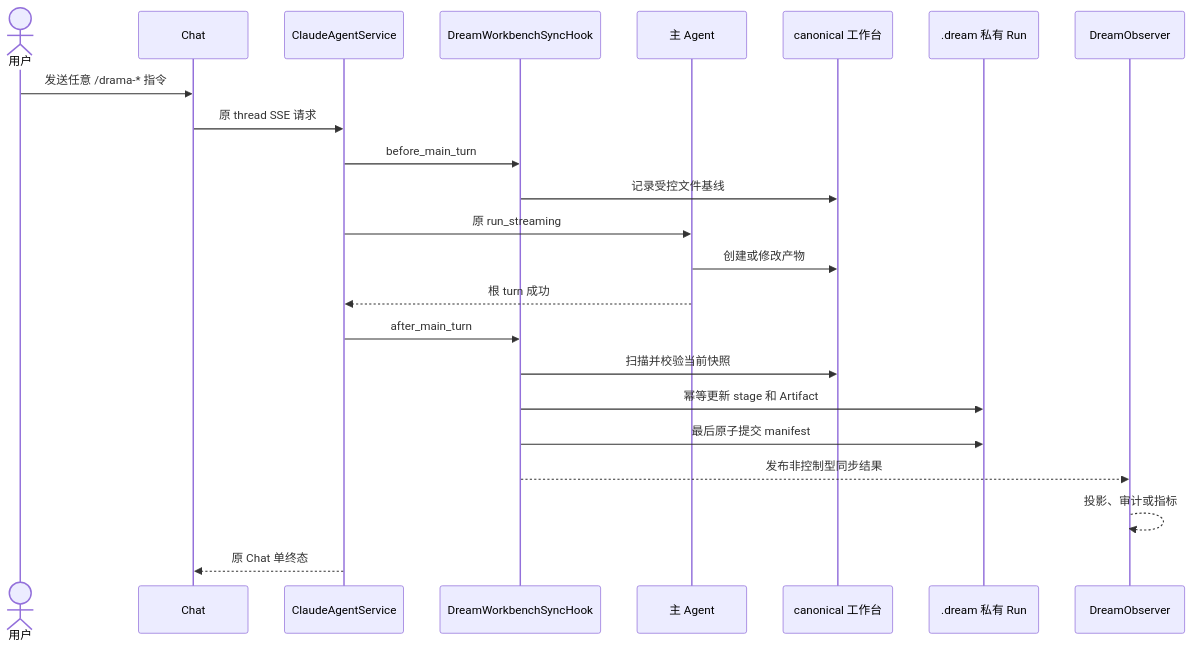
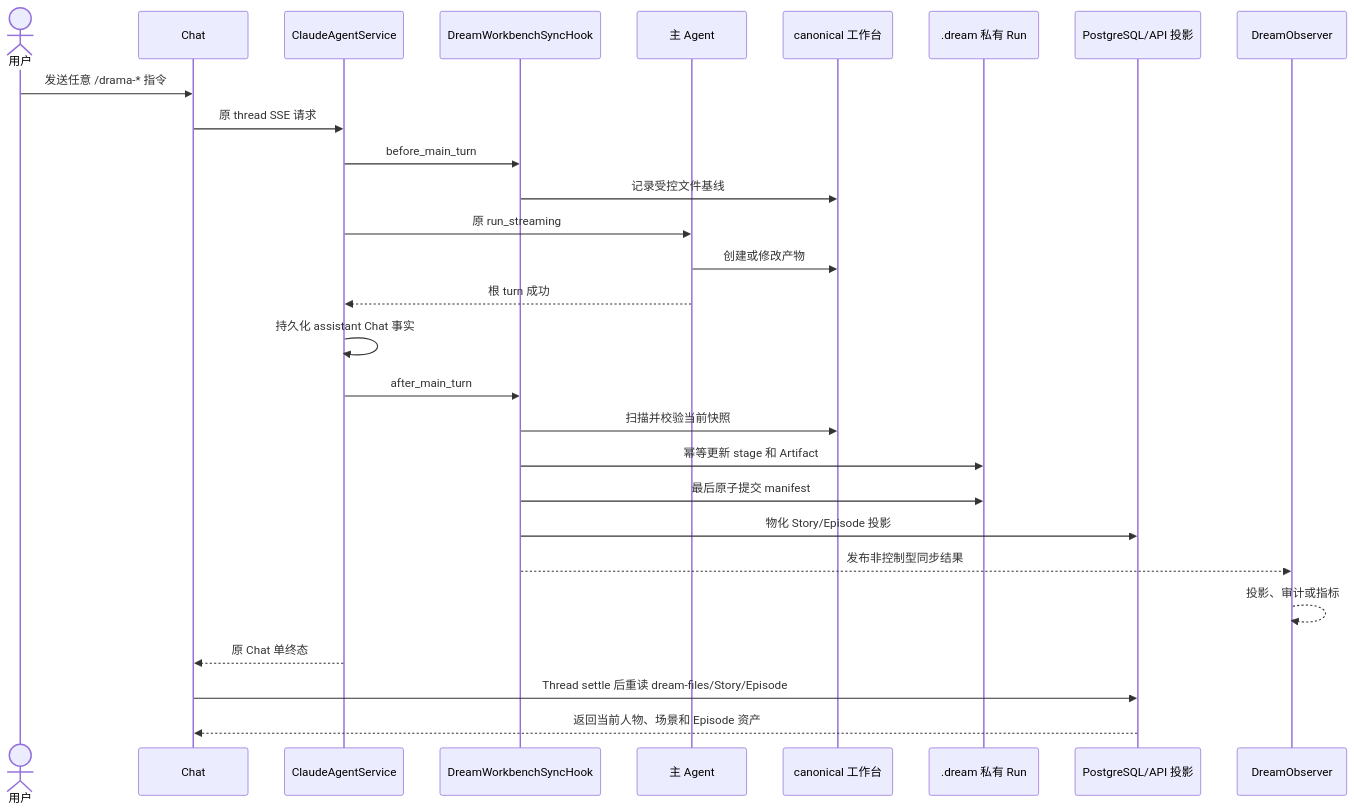
One commit to glide-the/im-dream changed the second of 3 diagrams in docs/design/story-workspace/skill-commands-and-workbench-sync.md. Above: the diagram before and after it, drawn with Mermaid. The commit also changed other lines of this file and 24 other files, not shown here.

Commit message:
fix(dream): preserve replies and refresh story assets

````diff
--- a/docs/design/story-workspace/skill-commands-and-workbench-sync.md
+++ b/docs/design/story-workspace/skill-commands-and-workbench-sync.md
@@ -78,26 +83,31 @@
 ```mermaid
 sequenceDiagram
     actor U as 用户
     participant C as Chat
     participant S as ClaudeAgentService
     participant H as DreamWorkbenchSyncHook
     participant A as 主 Agent
     participant W as canonical 工作台
     participant D as .dream 私有 Run
+    participant P as PostgreSQL/API 投影
     participant O as DreamObserver
 
     U->>C: 发送任意 /drama-* 指令
     C->>S: 原 thread SSE 请求
     S->>H: before_main_turn
     H->>W: 记录受控文件基线
     S->>A: 原 run_streaming
     A->>W: 创建或修改产物
     A-->>S: 根 turn 成功
+    S->>S: 持久化 assistant Chat 事实
     S->>H: after_main_turn
     H->>W: 扫描并校验当前快照
     H->>D: 幂等更新 stage 和 Artifact
     H->>D: 最后原子提交 manifest
+    H->>P: 物化 Story/Episode 投影
     H-->>O: 发布非控制型同步结果
     O-->>O: 投影、审计或指标
     S-->>C: 原 Chat 单终态
+    C->>P: Thread settle 后重读 dream-files/Story/Episode
+    P-->>C: 返回当前人物、场景和 Episode 资产
 ```
````
